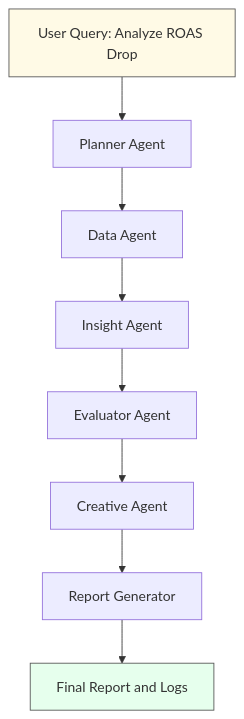
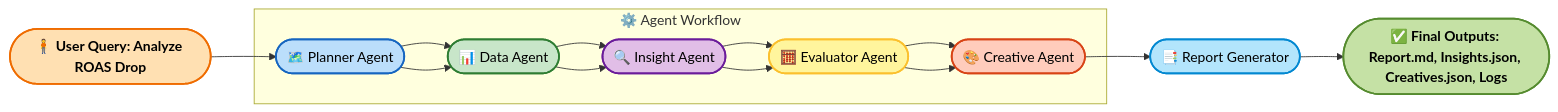
The diagram in README.md (DattatrayBodake25/kasparro-agentic-fb-analyst-dattatray-bodake), drawn with Mermaid before and after one commit.

Commit message:
Update agent flow diagram in README

````diff
--- a/README.md
+++ b/README.md
@@ -31,13 +31,27 @@
 ```mermaid
-flowchart TD
-    A[User Query: Analyze ROAS Drop] --> B[Planner Agent]
-    B --> C[Data Agent]
-    C --> D[Insight Agent]
-    D --> E[Evaluator Agent]
-    E --> F[Creative Agent]
-    F --> G[Report Generator]
-    G --> H[Final Report and Logs]
+flowchart LR
+    %% Define nodes
+    A([🧍 User Query: Analyze ROAS Drop]):::user --> B([🗺️ Planner Agent]):::planner
+    B --> C([📊 Data Agent]):::data
+    C --> D([🔍 Insight Agent]):::insight
+    D --> E([🧮 Evaluator Agent]):::evaluator
+    E --> F([🎨 Creative Agent]):::creative
+    F --> G([📑 Report Generator]):::report
+    G --> H([✅ Final Outputs: Report.md, Insights.json, Creatives.json, Logs]):::output
 
-    style A fill:#fffae6,stroke:#555,stroke-width:1px
-    style H fill:#e6ffed,stroke:#555,stroke-width:1px
+    %% Subgraph for clarity
+    subgraph AGENTS[⚙️ Agent Workflow]
+        B --> C --> D --> E --> F
+    end
+
+    %% Define classes (colors + borders)
+    classDef user fill:#ffe0b2,stroke:#ef6c00,stroke-width:2px,color:#000,font-weight:bold;
+    classDef planner fill:#bbdefb,stroke:#1565c0,stroke-width:2px,color:#000;
+    classDef data fill:#c8e6c9,stroke:#2e7d32,stroke-width:2px,color:#000;
+    classDef insight fill:#e1bee7,stroke:#6a1b9a,stroke-width:2px,color:#000;
+    classDef evaluator fill:#fff59d,stroke:#fbc02d,stroke-width:2px,color:#000;
+    classDef creative fill:#ffccbc,stroke:#d84315,stroke-width:2px,color:#000;
+    classDef report fill:#b3e5fc,stroke:#0288d1,stroke-width:2px,color:#000;
+    classDef output fill:#c5e1a5,stroke:#558b2f,stroke-width:2px,color:#000,font-weight:bold;
+
 ```
````
